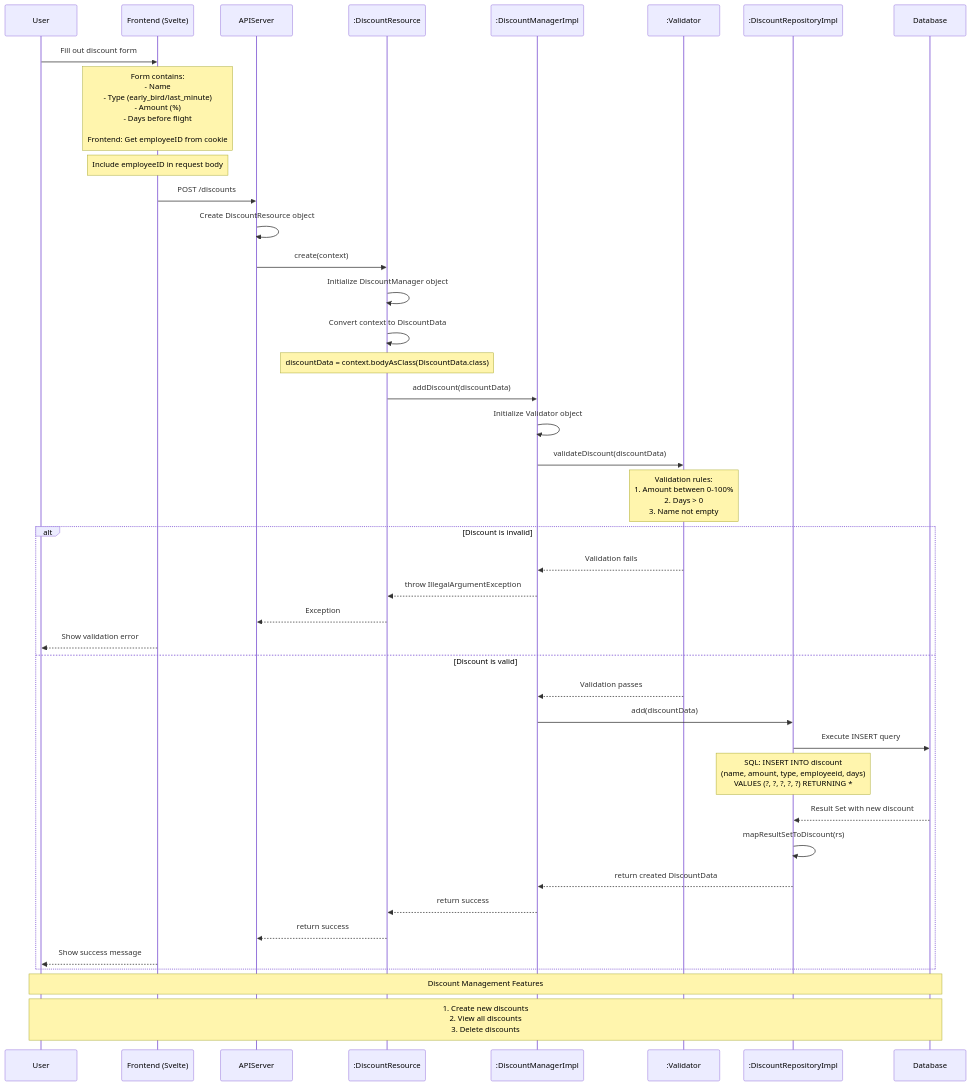
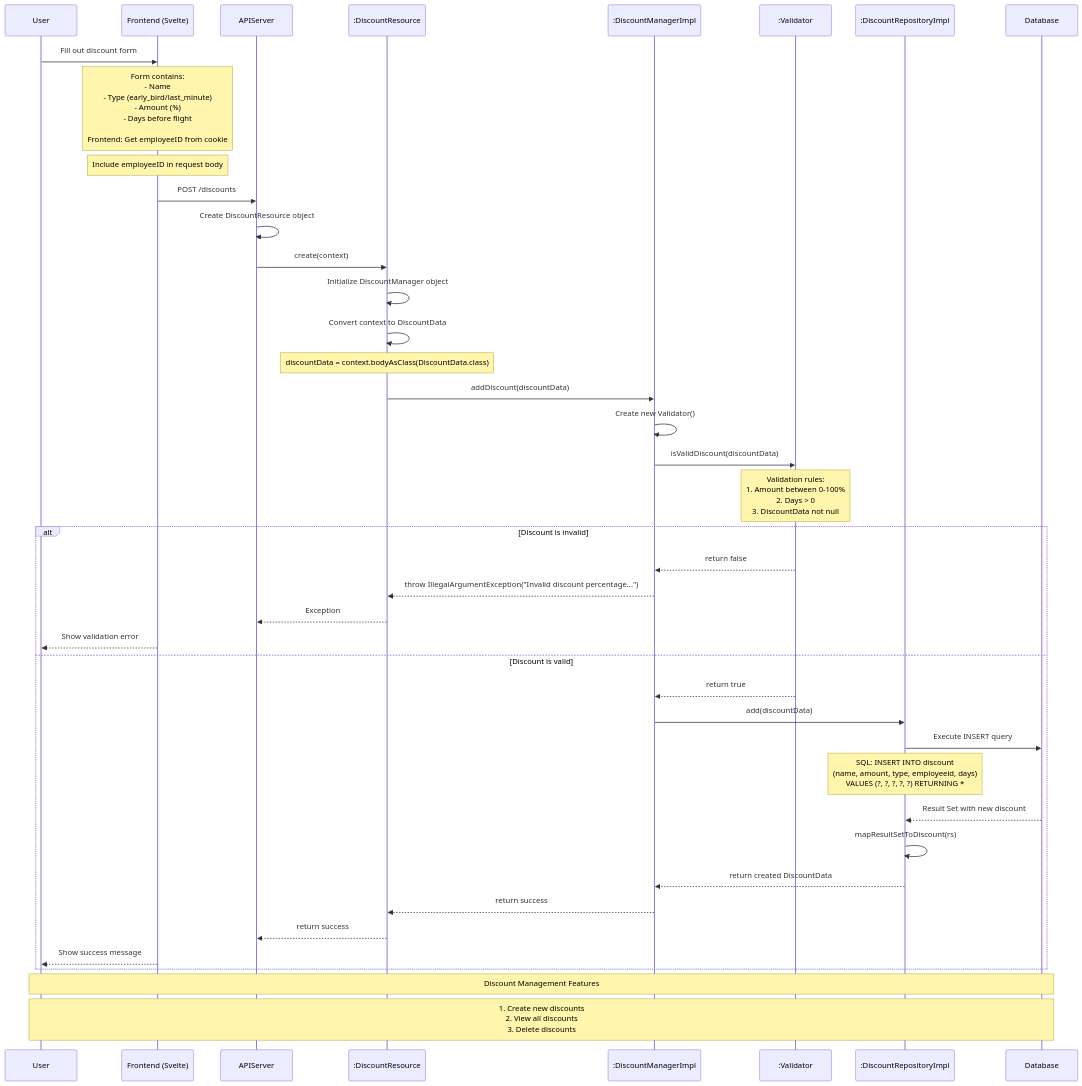
One commit to Leonardo-Notargiacomo/SkyVoyage changed the diagram in design/sequenceDiagrams/manageDiscountsSequenceDiagram.md. Above: the diagram before and after it, drawn with Mermaid.

````diff
--- a/design/sequenceDiagrams/manageDiscountsSequenceDiagram.md
+++ b/design/sequenceDiagrams/manageDiscountsSequenceDiagram.md
@@ -1,57 +1,57 @@
 ```mermaid
 sequenceDiagram
 %%{init: {"fontFamily": "monospace"}}%%
     participant User as User
     participant Frontend as Frontend (Svelte)
     participant Server as APIServer
     participant Resource as :DiscountResource
     participant Manager as :DiscountManagerImpl
     participant Validator as :Validator
     participant Repo as :DiscountRepositoryImpl
     participant DB as Database
 
     User->>Frontend: Fill out discount form
 
     Note over Frontend: Form contains:<br>- Name<br>- Type (early_bird/last_minute)<br>- Amount (%)<br>- Days before flight<br><br>Frontend: Get employeeID from cookie
     Note over Frontend: Include employeeID in request body
     
     Frontend->>Server: POST /discounts
     
     Server->>Server: Create DiscountResource object
     Server->>Resource: create(context)
     
     Resource->>Resource: Initialize DiscountManager object
     Resource->>Resource: Convert context to DiscountData
     Note over Resource: discountData = context.bodyAsClass(DiscountData.class)
     
     Resource->>Manager: addDiscount(discountData)
 
-    Manager->>Manager: Initialize Validator object
-    Manager->>Validator: validateDiscount(discountData)
-    Note over Validator: Validation rules:<br>1. Amount between 0-100%<br>2. Days > 0<br>3. Name not empty
+    Manager->>Manager: Create new Validator()
+    Manager->>Validator: isValidDiscount(discountData)
+    Note over Validator: Validation rules:<br>1. Amount between 0-100%<br>2. Days > 0<br>3. DiscountData not null
 
     alt Discount is invalid
-        Validator-->>Manager: Validation fails
-        Manager-->>Resource: throw IllegalArgumentException
+        Validator-->>Manager: return false
+        Manager-->>Resource: throw IllegalArgumentException("Invalid discount percentage...")
         Resource-->>Server: Exception
         Frontend-->>User: Show validation error
     else Discount is valid
-        Validator-->>Manager: Validation passes
+        Validator-->>Manager: return true
         Manager->>Repo: add(discountData)
 
         Repo->>DB: Execute INSERT query
         Note over Repo: SQL: INSERT INTO discount<br>(name, amount, type, employeeid, days)<br>VALUES (?, ?, ?, ?, ?) RETURNING *
 
         DB-->>Repo: Result Set with new discount
 
         Repo->>Repo: mapResultSetToDiscount(rs)
         Repo-->>Manager: return created DiscountData
 
         Manager-->>Resource: return success
         Resource-->>Server: return success
         Frontend-->>User: Show success message
     end
 
     Note over User,DB: Discount Management Features
     Note over User,DB: 1. Create new discounts<br>2. View all discounts<br>3. Delete discounts
 ```
````
